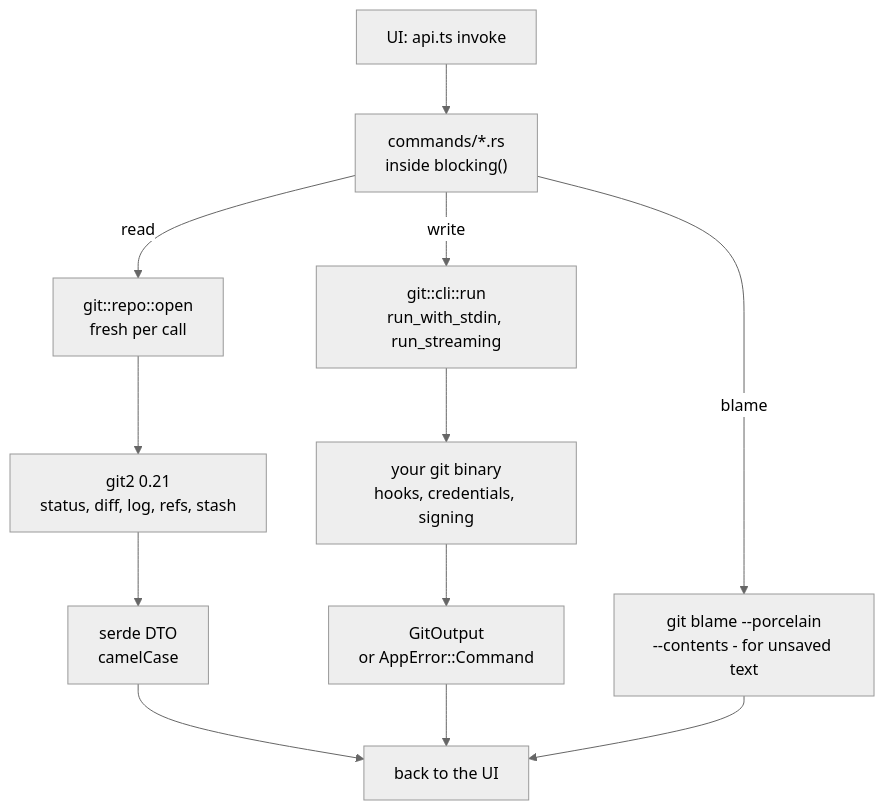
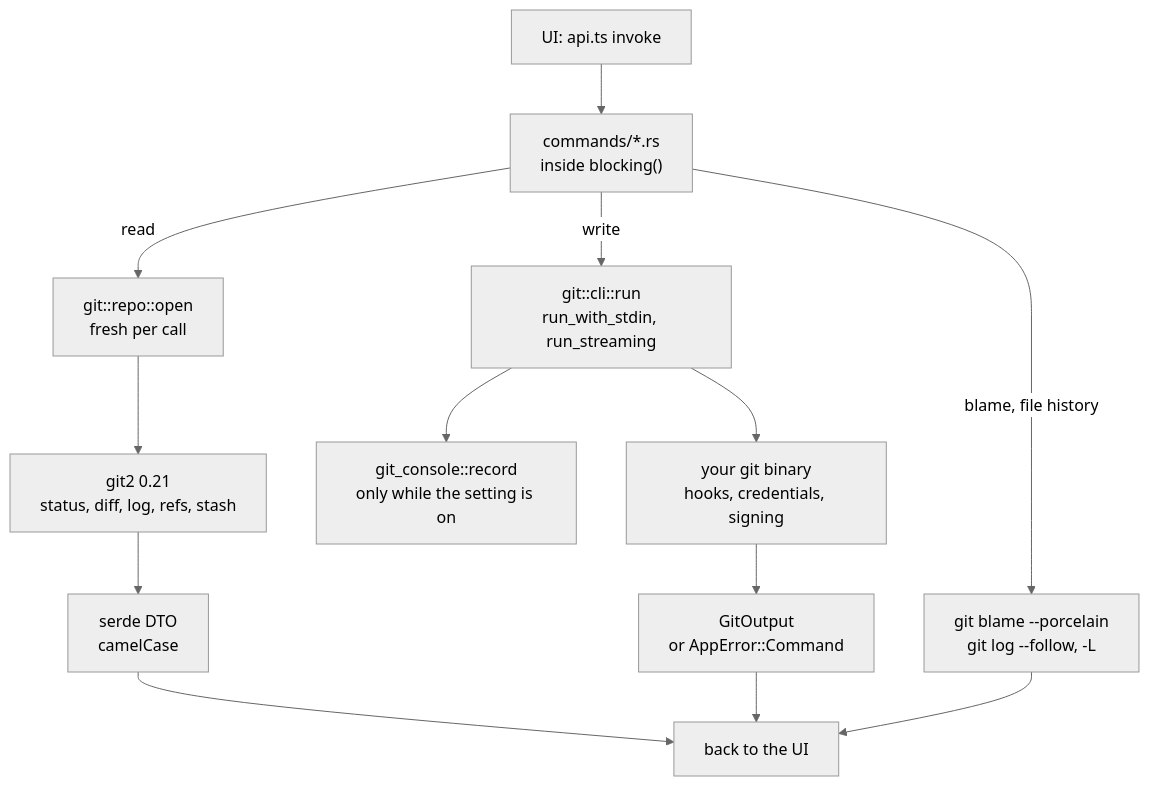
Before and after one commit to shibbirweb/git-manager: the diagram in docs/wiki/developer/Backend.md, drawn with Mermaid (neutral theme). The commit also changed other lines of this file and 110 other files, not shown here.

````diff
--- a/docs/wiki/developer/Backend.md
+++ b/docs/wiki/developer/Backend.md
@@ -7,14 +7,15 @@
 ```mermaid
 flowchart TB
   UI["UI: api.ts invoke"] --> Cmd["commands/*.rs<br/>inside blocking()"]
   Cmd -->|"read"| Open["git::repo::open<br/>fresh per call"]
   Open --> G2["git2 0.21<br/>status, diff, log, refs, stash"]
   G2 --> DTO["serde DTO<br/>camelCase"]
   Cmd -->|"write"| Cli["git::cli::run<br/>run_with_stdin, run_streaming"]
+  Cli --> Console["git_console::record<br/>only while the setting is on"]
   Cli --> Bin["your git binary<br/>hooks, credentials, signing"]
   Bin --> Out["GitOutput<br/>or AppError::Command"]
-  Cmd -->|"blame"| Porc["git blame --porcelain<br/>--contents - for unsaved text"]
+  Cmd -->|"blame, file history"| Porc["git blame --porcelain<br/>git log --follow, -L"]
   DTO --> Back["back to the UI"]
   Out --> Back
   Porc --> Back
 ```
````
